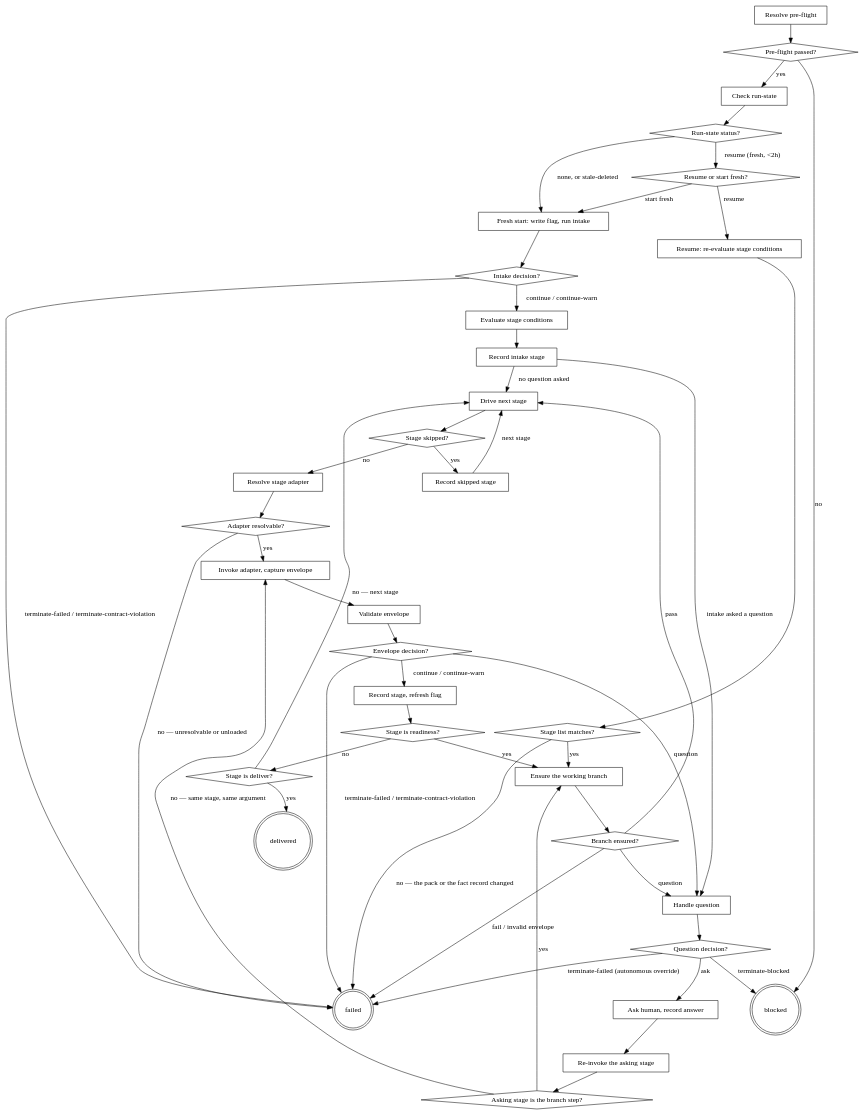
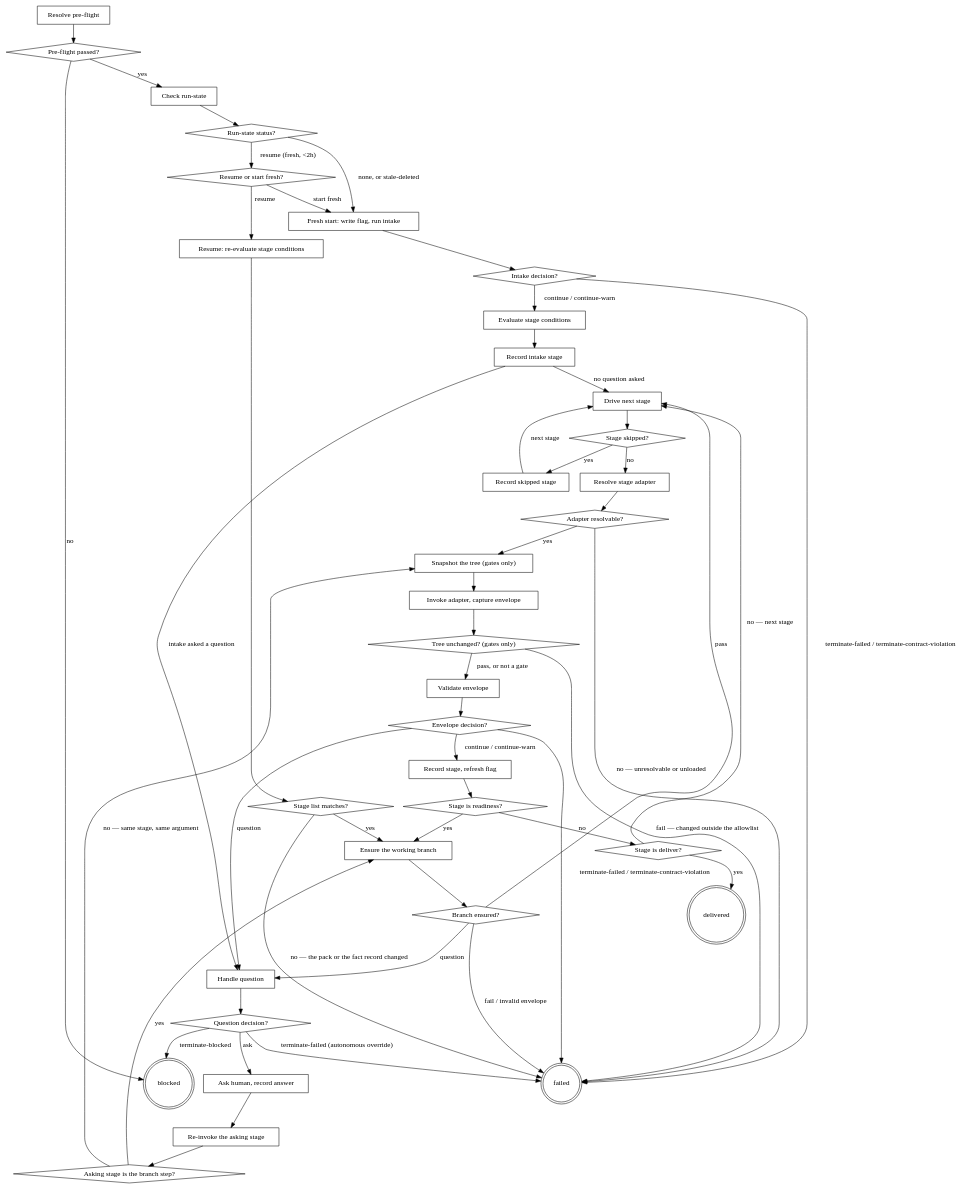
The diagram in plugins/agentic-core/skills/run-route/SKILL.md (agenticDraft/aem-eds-ai-workflow-demo), drawn with Graphviz before and after one commit. The commit also changed other lines of this file and 3 other files, not shown here.

Commit message:
run-route guards the tree around both gates; a gate checks its own isolation (D537)

````diff
--- a/plugins/agentic-core/skills/run-route/SKILL.md
+++ b/plugins/agentic-core/skills/run-route/SKILL.md
@@ -226,7 +229,9 @@
     "Record skipped stage" [shape=box];
     "Resolve stage adapter" [shape=box];
     "Adapter resolvable?" [shape=diamond];
+    "Snapshot the tree (gates only)" [shape=box];
     "Invoke adapter, capture envelope" [shape=box];
+    "Tree unchanged? (gates only)" [shape=diamond];
     "Validate envelope" [shape=box];
     "Envelope decision?" [shape=diamond];
     "Record stage, refresh flag" [shape=box];
@@ -266,8 +271,11 @@
     "Record skipped stage" -> "Drive next stage" [label="next stage"];
     "Resolve stage adapter" -> "Adapter resolvable?";
     "Adapter resolvable?" -> "failed" [label="no — unresolvable or unloaded"];
-    "Adapter resolvable?" -> "Invoke adapter, capture envelope" [label="yes"];
-    "Invoke adapter, capture envelope" -> "Validate envelope";
+    "Adapter resolvable?" -> "Snapshot the tree (gates only)" [label="yes"];
+    "Snapshot the tree (gates only)" -> "Invoke adapter, capture envelope";
+    "Invoke adapter, capture envelope" -> "Tree unchanged? (gates only)";
+    "Tree unchanged? (gates only)" -> "Validate envelope" [label="pass, or not a gate"];
+    "Tree unchanged? (gates only)" -> "failed" [label="fail — changed outside the allowlist"];
     "Validate envelope" -> "Envelope decision?";
     "Envelope decision?" -> "Record stage, refresh flag" [label="continue / continue-warn"];
     "Envelope decision?" -> "Handle question" [label="question"];
@@ -288,6 +296,6 @@
     "Ask human, record answer" -> "Re-invoke the asking stage";
     "Re-invoke the asking stage" -> "Asking stage is the branch step?";
     "Asking stage is the branch step?" -> "Ensure the working branch" [label="yes"];
-    "Asking stage is the branch step?" -> "Invoke adapter, capture envelope" [label="no — same stage, same argument"];
+    "Asking stage is the branch step?" -> "Snapshot the tree (gates only)" [label="no — same stage, same argument"];
 }
 ```
````
